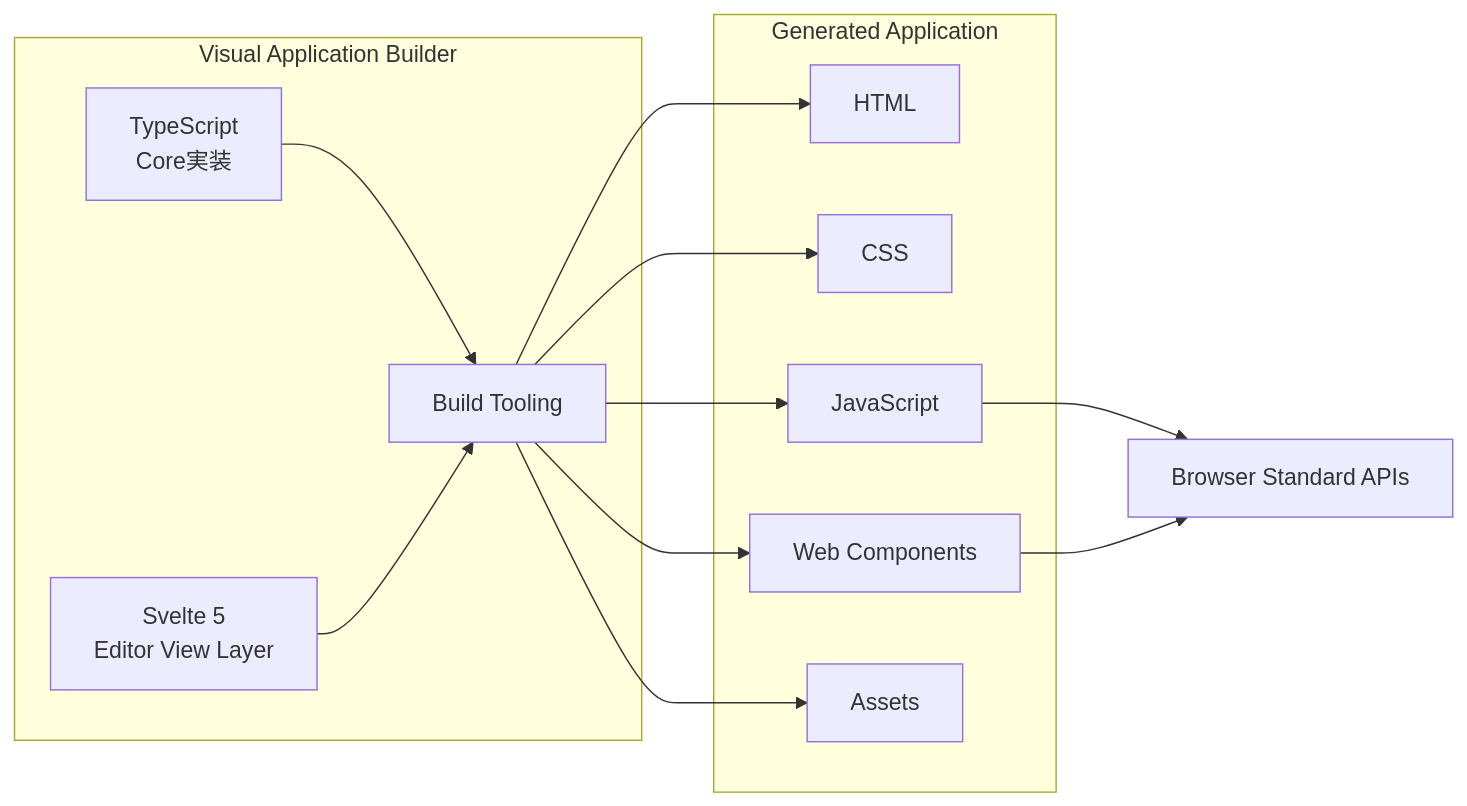
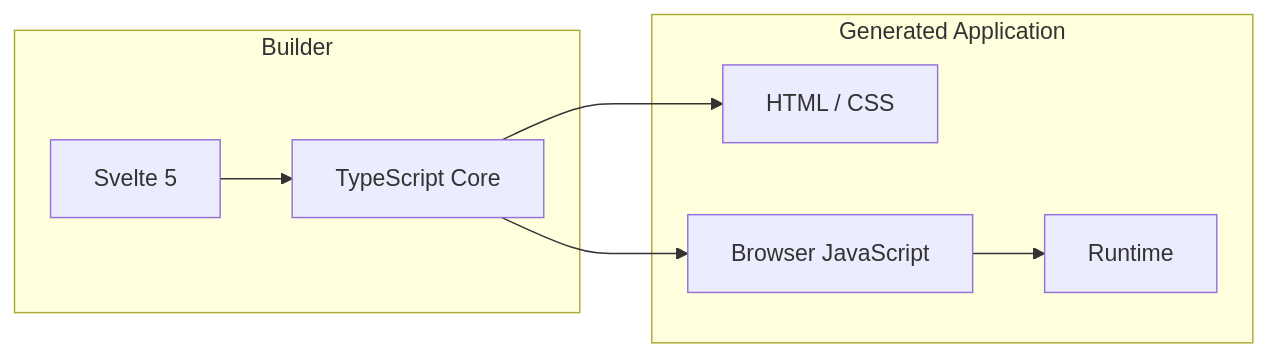
The fourth of 11 diagrams in docs/architecture/03-technology-and-system-architecture.md (northwest-hcu/FlagShip), drawn with Mermaid before and after one commit. The commit also changed other lines of this file and 11 other files, not shown here.

Commit message:
docs: align architecture with component ownership model

````diff
--- a/docs/architecture/03-technology-and-system-architecture.md
+++ b/docs/architecture/03-technology-and-system-architecture.md
@@ -572,26 +141,18 @@
 ```mermaid
 flowchart LR
-    subgraph Builder["Visual Application Builder"]
-        TypeScript["TypeScript<br/>Core実装"]
-        Svelte["Svelte 5<br/>Editor View Layer"]
-        Tooling["Build Tooling"]
-        TypeScript --> Tooling
-        Svelte --> Tooling
+    subgraph Builder["Builder"]
+        Svelte["Svelte 5"]
+        TS["TypeScript Core"]
     end
 
-    subgraph Generated["Generated Application"]
-        HTML
-        CSS
-        JavaScript
-        Components["Web Components"]
-        Assets
+    subgraph Output["Generated Application"]
+        HTML["HTML / CSS"]
+        JS["Browser JavaScript"]
+        Runtime["Runtime"]
     end
 
-    Tooling --> HTML
-    Tooling --> CSS
-    Tooling --> JavaScript
-    Tooling --> Components
-    Tooling --> Assets
-    JavaScript --> APIs["Browser Standard APIs"]
-    Components --> APIs
+    Svelte --> TS
+    TS --> JS
+    TS --> HTML
+    JS --> Runtime
 ```
````
